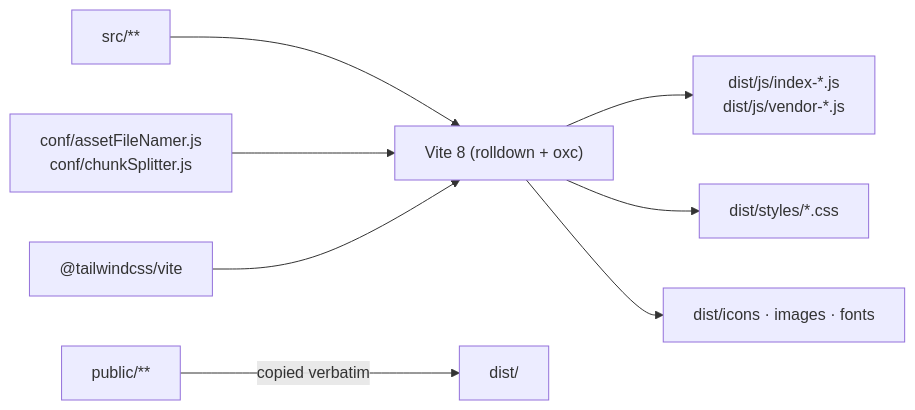
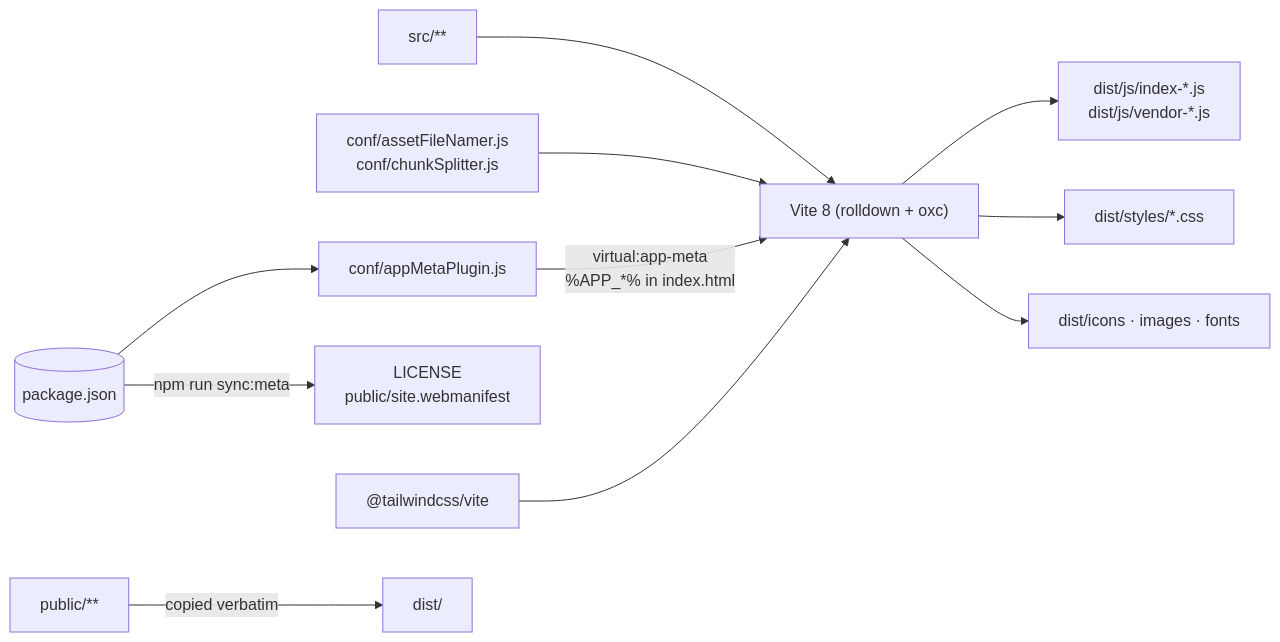
The second of 2 diagrams in docs/architecture.md (eternalvision/vanilla-vite-template), drawn with Mermaid before and after one commit. The commit also changed other lines of this file and 19 other files, not shown here.

````diff
--- a/docs/architecture.md
+++ b/docs/architecture.md
@@ -49,10 +50,13 @@
 ```mermaid
 graph LR
     Src["src/**"] --> Vite["Vite 8 (rolldown + oxc)"]
     Conf["conf/assetFileNamer.js<br/>conf/chunkSplitter.js"] --> Vite
+    Pkg[("package.json")] --> Meta["conf/appMetaPlugin.js"]
+    Meta -->|"virtual:app-meta<br/>%APP_*% in index.html"| Vite
+    Pkg -->|"npm run sync:meta"| Static["LICENSE<br/>public/site.webmanifest"]
     TW["@tailwindcss/vite"] --> Vite
     Vite --> JS["dist/js/index-*.js<br/>dist/js/vendor-*.js"]
     Vite --> CSS["dist/styles/*.css"]
     Vite --> Assets["dist/icons · images · fonts"]
     Public["public/**"] -->|"copied verbatim"| Dist["dist/"]
 ```
````
